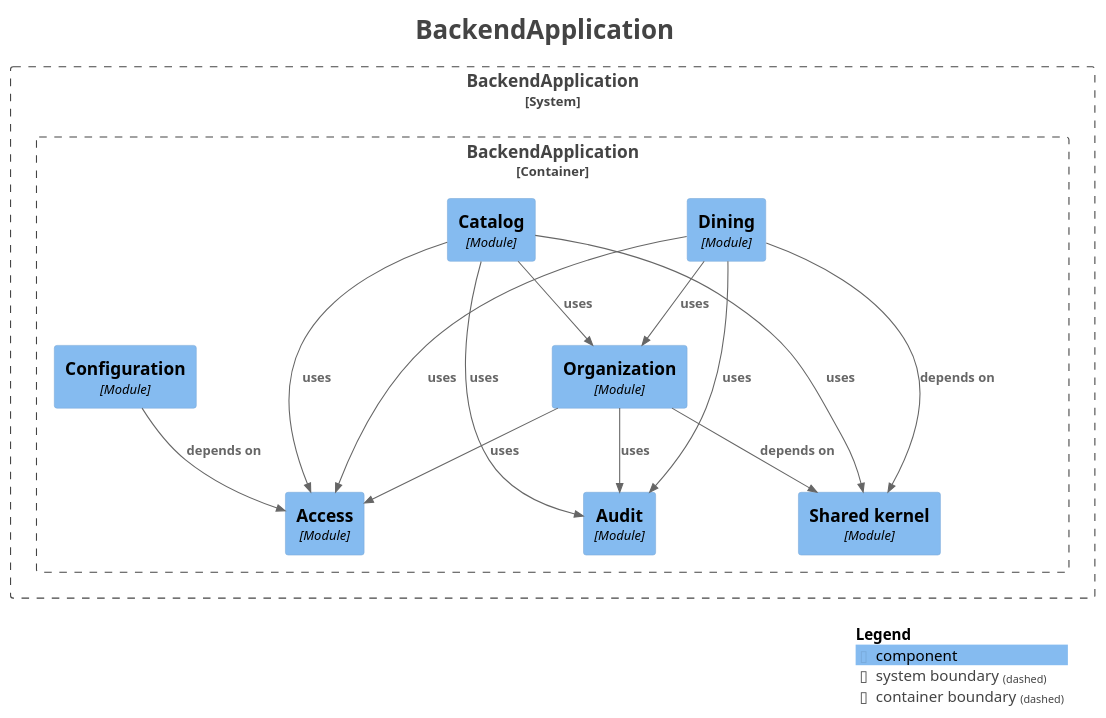
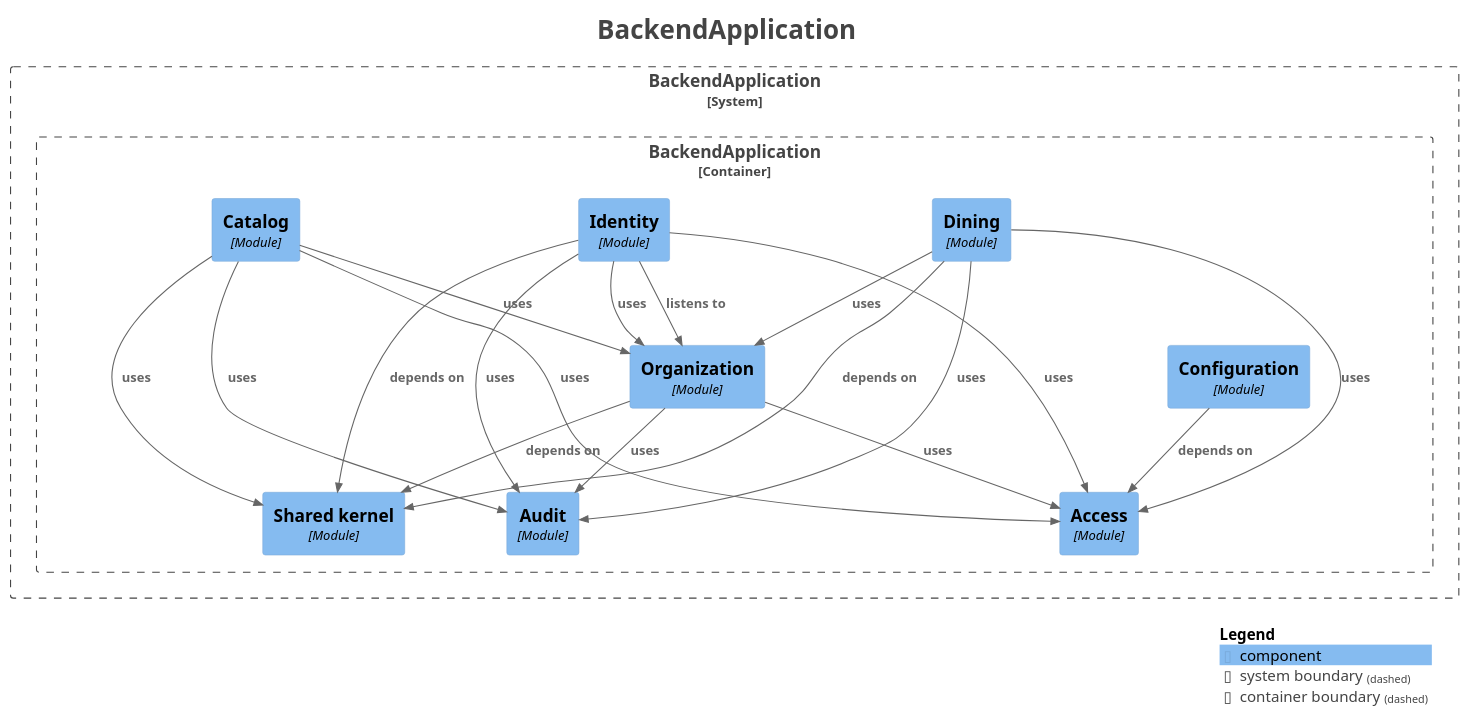
One commit to fxavier/restaurantePRO changed the diagram in docs/architecture/modules/components.puml. Above: the diagram before and after it, drawn with PlantUML. The commit also changed 2 other files, not shown here.

Commit message:
docs: regenerate module docs after S2 merge

```diff
--- a/docs/architecture/modules/components.puml
+++ b/docs/architecture/modules/components.puml
@@ -1,46 +1,52 @@
 @startuml
 title <size:24>BackendApplication</size>
 
 set separator none
 top to bottom direction
 
 <style>
   root {
     BackgroundColor: #ffffff
     FontColor: #444444
   }
 </style>
 
 !include <C4/C4>
 !include <C4/C4_Context>
 !include <C4/C4_Component>
 
 System_Boundary("BackendApplication_boundary", "BackendApplication", $tags="") {
   Container_Boundary("BackendApplication.BackendApplication_boundary", "BackendApplication", $tags="") {
+    Component(BackendApplication.BackendApplication.Identity, "Identity", $techn="Module", $descr="", $tags="", $link="")
     Component(BackendApplication.BackendApplication.Access, "Access", $techn="Module", $descr="", $tags="", $link="")
     Component(BackendApplication.BackendApplication.Audit, "Audit", $techn="Module", $descr="", $tags="", $link="")
     Component(BackendApplication.BackendApplication.Sharedkernel, "Shared kernel", $techn="Module", $descr="", $tags="", $link="")
     Component(BackendApplication.BackendApplication.Configuration, "Configuration", $techn="Module", $descr="", $tags="", $link="")
     Component(BackendApplication.BackendApplication.Organization, "Organization", $techn="Module", $descr="", $tags="", $link="")
     Component(BackendApplication.BackendApplication.Catalog, "Catalog", $techn="Module", $descr="", $tags="", $link="")
     Component(BackendApplication.BackendApplication.Dining, "Dining", $techn="Module", $descr="", $tags="", $link="")
   }
 
 }
 
-Rel(BackendApplication.BackendApplication.Configuration, BackendApplication.BackendApplication.Access, "depends on", $techn="", $tags="", $link="")
 Rel(BackendApplication.BackendApplication.Organization, BackendApplication.BackendApplication.Sharedkernel, "depends on", $techn="", $tags="", $link="")
 Rel(BackendApplication.BackendApplication.Organization, BackendApplication.BackendApplication.Audit, "uses", $techn="", $tags="", $link="")
 Rel(BackendApplication.BackendApplication.Organization, BackendApplication.BackendApplication.Access, "uses", $techn="", $tags="", $link="")
 Rel(BackendApplication.BackendApplication.Dining, BackendApplication.BackendApplication.Sharedkernel, "depends on", $techn="", $tags="", $link="")
 Rel(BackendApplication.BackendApplication.Dining, BackendApplication.BackendApplication.Audit, "uses", $techn="", $tags="", $link="")
 Rel(BackendApplication.BackendApplication.Dining, BackendApplication.BackendApplication.Access, "uses", $techn="", $tags="", $link="")
 Rel(BackendApplication.BackendApplication.Dining, BackendApplication.BackendApplication.Organization, "uses", $techn="", $tags="", $link="")
 Rel(BackendApplication.BackendApplication.Catalog, BackendApplication.BackendApplication.Sharedkernel, "uses", $techn="", $tags="", $link="")
 Rel(BackendApplication.BackendApplication.Catalog, BackendApplication.BackendApplication.Access, "uses", $techn="", $tags="", $link="")
 Rel(BackendApplication.BackendApplication.Catalog, BackendApplication.BackendApplication.Audit, "uses", $techn="", $tags="", $link="")
 Rel(BackendApplication.BackendApplication.Catalog, BackendApplication.BackendApplication.Organization, "uses", $techn="", $tags="", $link="")
+Rel(BackendApplication.BackendApplication.Configuration, BackendApplication.BackendApplication.Access, "depends on", $techn="", $tags="", $link="")
+Rel(BackendApplication.BackendApplication.Identity, BackendApplication.BackendApplication.Organization, "listens to", $techn="", $tags="", $link="")
+Rel(BackendApplication.BackendApplication.Identity, BackendApplication.BackendApplication.Sharedkernel, "depends on", $techn="", $tags="", $link="")
+Rel(BackendApplication.BackendApplication.Identity, BackendApplication.BackendApplication.Audit, "uses", $techn="", $tags="", $link="")
+Rel(BackendApplication.BackendApplication.Identity, BackendApplication.BackendApplication.Organization, "uses", $techn="", $tags="", $link="")
+Rel(BackendApplication.BackendApplication.Identity, BackendApplication.BackendApplication.Access, "uses", $techn="", $tags="", $link="")
 
 SHOW_LEGEND(true)
 hide stereotypes
 @enduml
```
